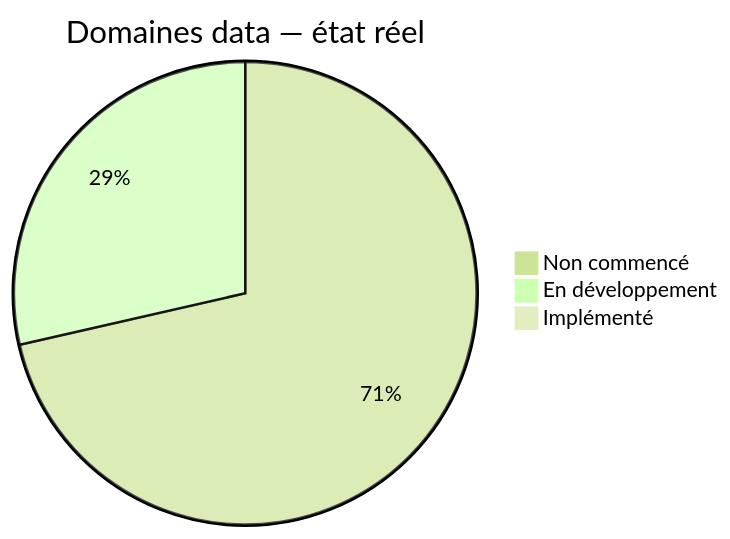
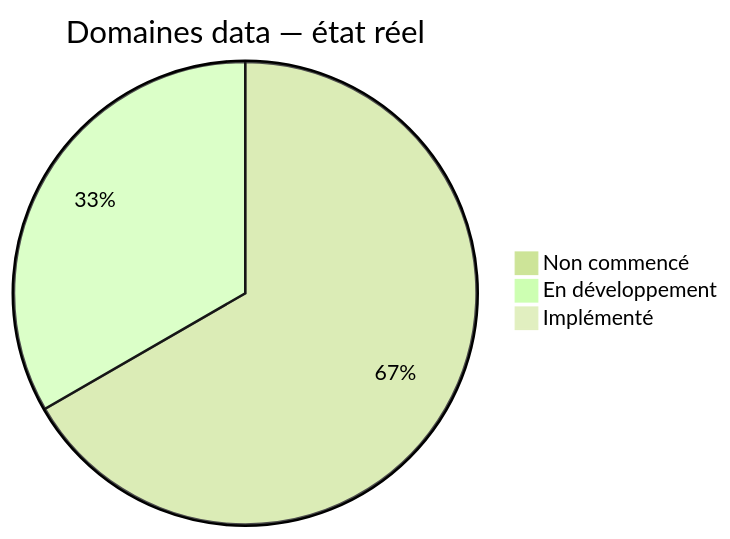
Before and after one commit to JavaChrist/Tai-Chi-AI-Coach: the second of 5 diagrams in docs/runtime/03_DATA_STATUS.md, drawn with Mermaid (forest theme). The commit also changed other lines of this file and 39 other files, not shown here.

First line of the commit message:
feat(onboarding): add local guided onboarding flow

````diff
--- a/docs/runtime/03_DATA_STATUS.md
+++ b/docs/runtime/03_DATA_STATUS.md
@@ -104,6 +107,6 @@
 ```mermaid
 pie title Domaines data — état réel
   "Non commencé" : 10
-  "En développement" : 4
+  "En développement" : 5
   "Implémenté" : 0
 ```
````
